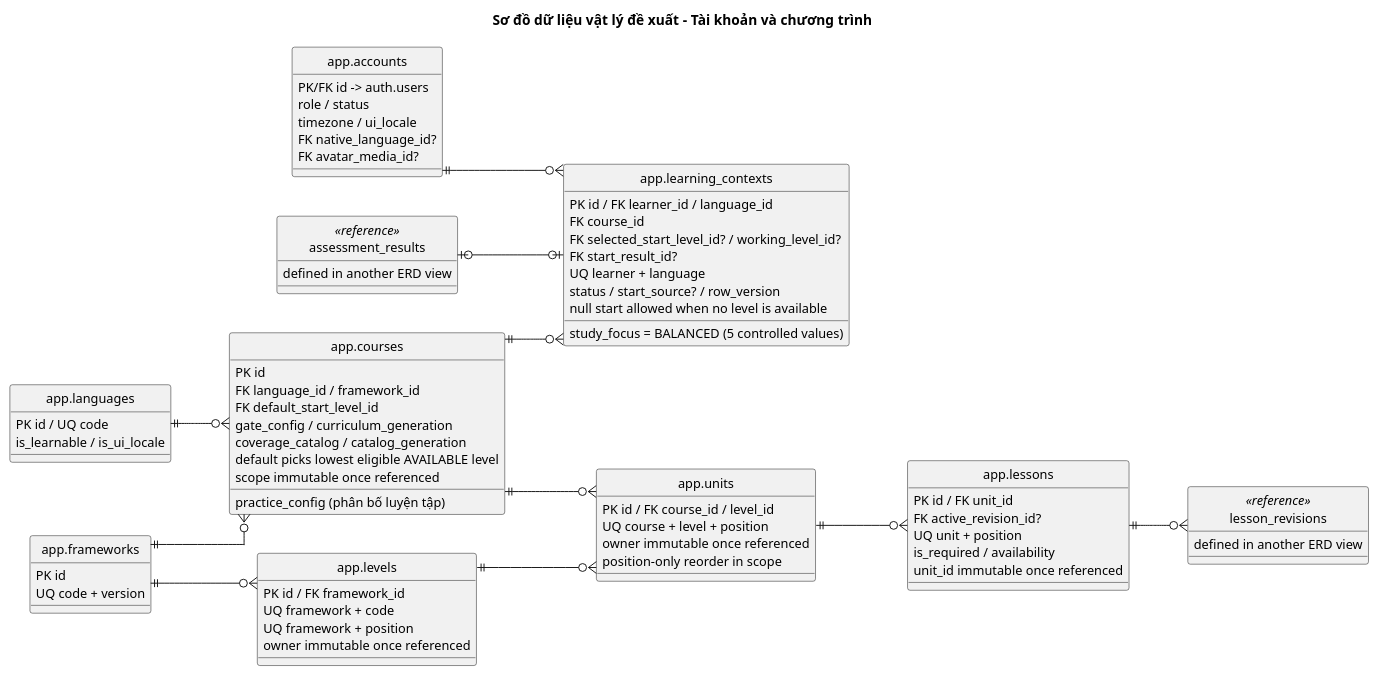
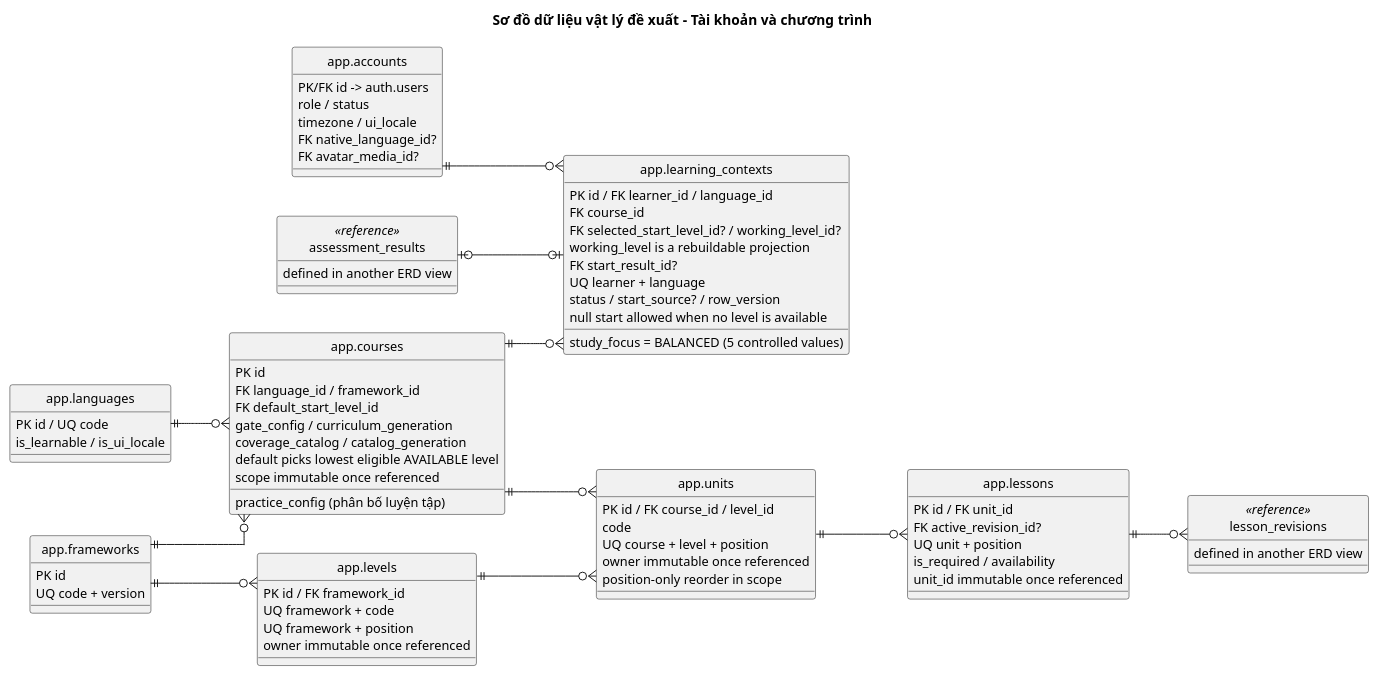
One commit to PhamNguyenThanhTung/lingora-workspace changed the first of 4 diagrams in docs/design/physical/physical-erd.puml. Above: the diagram before and after it, drawn with PlantUML. The commit also changed other lines of this file and 28 other files, not shown here.

```diff
--- a/docs/design/physical/physical-erd.puml
+++ b/docs/design/physical/physical-erd.puml
@@ -1,84 +1,86 @@
 @startuml physical-erd-identity
 ' classification: PROPOSED PHYSICAL DESIGN - NOT IMPLEMENTED
 skinparam backgroundColor white
 skinparam monochrome true
 skinparam shadowing false
 skinparam defaultFontName Arial
 skinparam defaultFontSize 13
 skinparam linetype ortho
 skinparam nodesep 40
 skinparam ranksep 60
 hide circle
 left to right direction
 title Sơ đồ dữ liệu vật lý đề xuất – Tài khoản và chương trình
 entity "app.accounts" as accounts {
   PK/FK id -> auth.users
   role / status
   timezone / ui_locale
   FK native_language_id?
   FK avatar_media_id?
 }
 entity "app.languages" as languages {
   PK id / UQ code
   is_learnable / is_ui_locale
 }
 entity "app.frameworks" as frameworks {
   PK id
   UQ code + version
 }
 entity "app.levels" as levels {
   PK id / FK framework_id
   UQ framework + code
   UQ framework + position
   owner immutable once referenced
 }
 entity "app.courses" as courses {
   PK id
   FK language_id / framework_id
   FK default_start_level_id
   gate_config / curriculum_generation
   practice_config (phân bố luyện tập)
   coverage_catalog / catalog_generation
   default picks lowest eligible AVAILABLE level
   scope immutable once referenced
 }
 entity "app.units" as units {
   PK id / FK course_id / level_id
+  code
   UQ course + level + position
   owner immutable once referenced
   position-only reorder in scope
 }
 entity "app.lessons" as lessons {
   PK id / FK unit_id
   FK active_revision_id?
   UQ unit + position
   is_required / availability
   unit_id immutable once referenced
 }
 entity "app.learning_contexts" as learning_contexts {
   PK id / FK learner_id / language_id
   FK course_id
   FK selected_start_level_id? / working_level_id?
+  working_level is a rebuildable projection
   FK start_result_id?
   UQ learner + language
   status / start_source? / row_version
   study_focus = BALANCED (5 controlled values)
   null start allowed when no level is available
 }
 entity "lesson_revisions" as lesson_revisions <<reference>> {
   defined in another ERD view
 }
 entity "assessment_results" as assessment_results <<reference>> {
   defined in another ERD view
 }
 accounts ||--o{ learning_contexts
 languages ||--o{ courses
 frameworks ||--o{ levels
 frameworks ||--o{ courses
 courses ||--o{ units
 levels ||--o{ units
 units ||--o{ lessons
 courses ||--o{ learning_contexts
 lessons ||--o{ lesson_revisions
 assessment_results |o--o| learning_contexts
 @enduml
```
